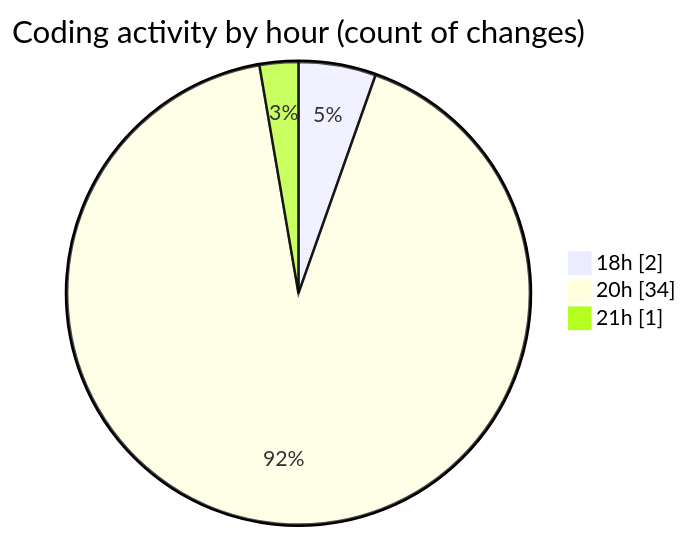
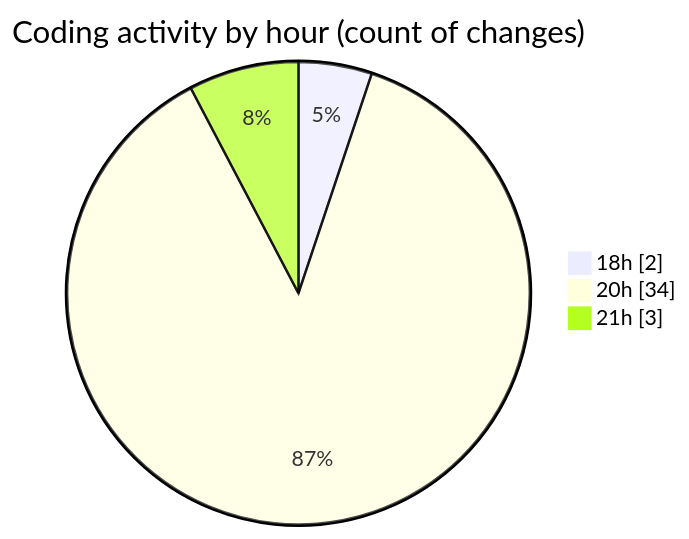
The second of 2 diagrams in 2025-02-26/area-formacao-web/README.md (robertbonfada/code-tracking), drawn with Mermaid before and after one commit. The commit also changed other lines of this file and 1 other file, not shown here.

````diff
--- a/2025-02-26/area-formacao-web/README.md
+++ b/2025-02-26/area-formacao-web/README.md
@@ -42,7 +43,7 @@
 ```mermaid
 pie showData
 title Coding activity by hour (count of changes)
 "18h" : 2
 "20h" : 34
-"21h" : 1
+"21h" : 3
 ```
````
